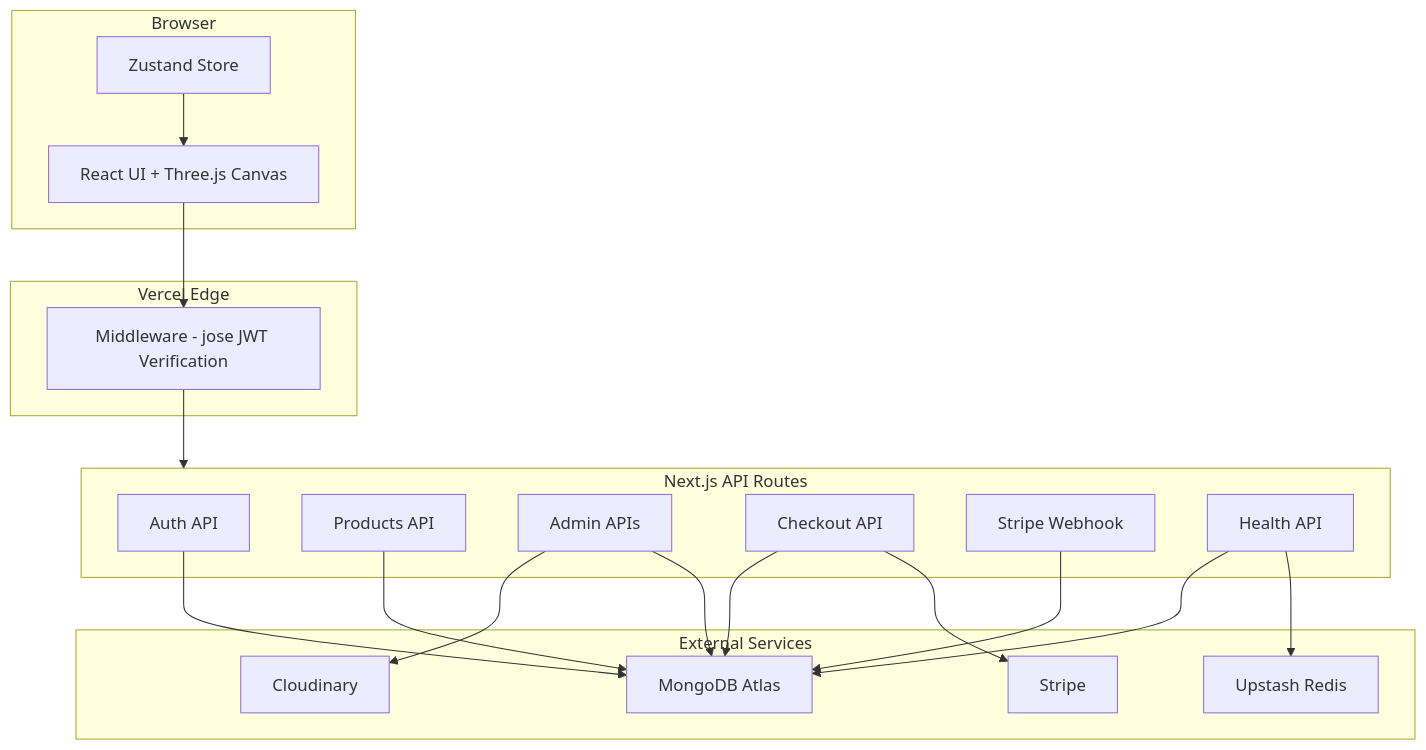
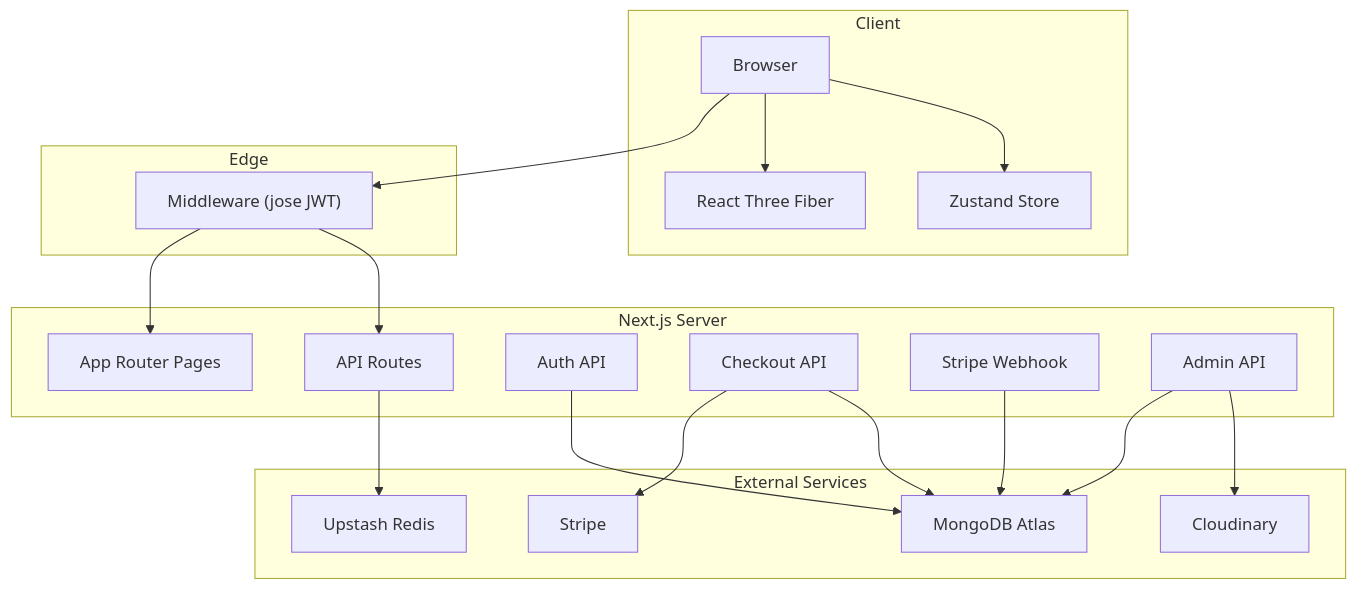
Before and after one commit to AKASH-KALSARIYA/Gravity-Shop: the first of 2 diagrams in README.md, drawn with Mermaid. The commit also changed other lines of this file, not shown here.

````diff
--- a/README.md
+++ b/README.md
@@ -96,40 +87,42 @@
 ```mermaid
 graph TB
-    subgraph Client["Browser"]
-        UI["React UI + Three.js Canvas"]
-        Store["Zustand Store"]
+    subgraph Client
+        Browser["Browser"]
+        R3F["React Three Fiber"]
+        Zustand["Zustand Store"]
     end
 
-    subgraph Edge["Vercel Edge"]
-        MW["Middleware - jose JWT Verification"]
+    subgraph Edge
+        MW["Middleware (jose JWT)"]
     end
 
-    subgraph Server["Next.js API Routes"]
+    subgraph "Next.js Server"
+        Pages["App Router Pages"]
+        API["API Routes"]
         Auth["Auth API"]
-        Products["Products API"]
-        Admin["Admin APIs"]
         Checkout["Checkout API"]
         Webhook["Stripe Webhook"]
-        Health["Health API"]
+        AdminAPI["Admin API"]
     end
 
-    subgraph Services["External Services"]
+    subgraph "External Services"
         MongoDB["MongoDB Atlas"]
         Stripe["Stripe"]
         Cloudinary["Cloudinary"]
         Redis["Upstash Redis"]
     end
 
-    UI --> MW
-    MW --> Server
+    Browser --> MW
+    MW --> Pages
+    MW --> API
+    Browser --> R3F
+    Browser --> Zustand
+
     Auth --> MongoDB
-    Products --> MongoDB
-    Admin --> MongoDB
-    Admin --> Cloudinary
+    AdminAPI --> MongoDB
+    AdminAPI --> Cloudinary
     Checkout --> Stripe
     Checkout --> MongoDB
     Webhook --> MongoDB
-    Health --> Redis
-    Health --> MongoDB
-    Store --> UI
+    API --> Redis
 ```
````
